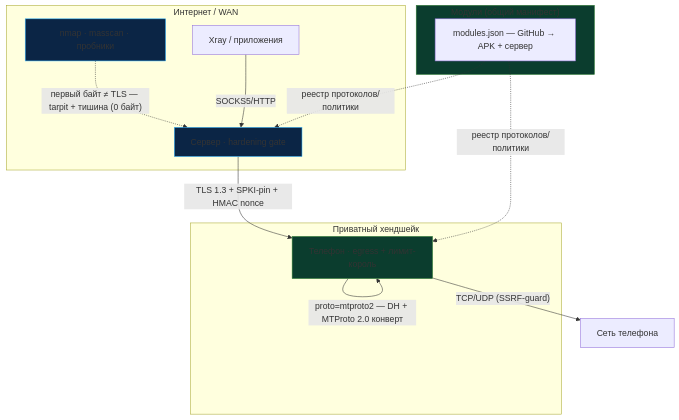
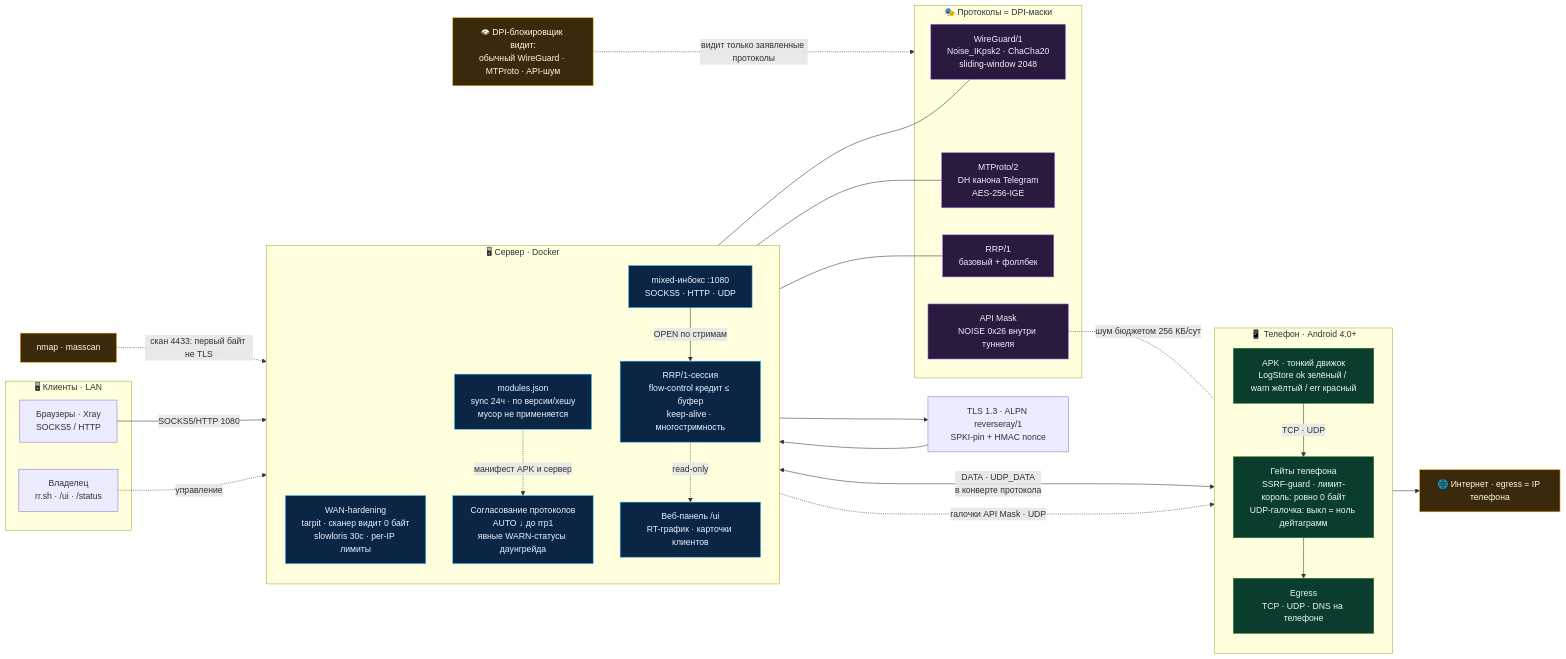
Before and after one commit to stelgen/reverseray: the second of 2 diagrams in README.md, drawn with Mermaid. The commit also changed other lines of this file and 5 other files, not shown here.

````diff
--- a/README.md
+++ b/README.md
@@ -72,21 +85,57 @@
 ```mermaid
-flowchart TB
-    subgraph WAN["Интернет / WAN"]
-        SCAN["nmap · masscan · пробники"] -. "первый байт ≠ TLS — tarpit + тишина (0 байт)" .-> S
-        A["Xray / приложения"] -- "SOCKS5/HTTP" --> S
+flowchart LR
+    subgraph LAN["🖥 Клиенты · LAN"]
+        APPS["Браузеры · Xray<br/>SOCKS5 / HTTP"]
+        ADMIN["Владелец<br/>rr.sh · /ui · /status"]
     end
-    subgraph TLS["Приватный хендшейк"]
-        S["Сервер · hardening gate"] -- "TLS 1.3 + SPKI-pin + HMAC nonce" --> P
-        P -- "proto=mtproto2 — DH + MTProto 2.0 конверт" --> P
+    subgraph VPS["🖥 Сервер · Docker"]
+        direction TB
+        HARD["WAN-hardening<br/>tarpit · сканер видит 0 байт<br/>slowloris 30с · per-IP лимиты"]
+        MIXED["mixed-инбокс :1080<br/>SOCKS5 · HTTP · UDP"]
+        NEG["Согласование протоколов<br/>AUTO ↓ до rrp1<br/>явные WARN-статусы даунгрейда"]
+        RRP["RRP/1-сессия<br/>flow-control кредит ≤ буфер<br/>keep-alive · многостримность"]
+        SYNC["modules.json<br/>sync 24ч · по версии/хешу<br/>мусор не применяется"]
+        UI["Веб-панель /ui<br/>RT-график · карточки клиентов"]
     end
-    P["Телефон · egress + лимит-король"] -- "TCP/UDP (SSRF-guard)" --> N["Сеть телефона"]
-    subgraph MODS["Модули (общий манифест)"]
-        M["modules.json — GitHub → APK + сервер"]
+    subgraph PHONE["📱 Телефон · Android 4.0+"]
+        direction TB
+        APK["APK · тонкий движок<br/>LogStore ok зелёный / warn жёлтый / err красный"]
+        GATE["Гейты телефона<br/>SSRF-guard · лимит-король: ровно 0 байт<br/>UDP-галочка: выкл = ноль дейтаграмм"]
+        EGRESS["Egress<br/>TCP · UDP · DNS на телефоне"]
     end
-    M -. "реестр протоколов/политики" .-> S
-    M -. "реестр протоколов/политики" .-> P
-    classDef server fill:#0b2545,stroke:#35B6FF
-    classDef phone fill:#0b3d2e,stroke:#2E7D32
-    class S,SCAN server
-    class P,MODS phone
+    subgraph MASKS["🎭 Протоколы = DPI-маски"]
+        WG["WireGuard/1<br/>Noise_IKpsk2 · ChaCha20<br/>sliding-window 2048"]
+        MT["MTProto/2<br/>DH канона Telegram<br/>AES-256-IGE"]
+        R1["RRP/1<br/>базовый + фоллбек"]
+        NOISE["API Mask<br/>NOISE 0x26 внутри туннеля"]
+    end
+    DPI["👁 DPI-блокировщик видит:<br/>обычный WireGuard · MTProto · API-шум"]
+    SCAN["nmap · masscan"]
+    NET["🌐 Интернет · egress = IP телефона"]
+    SCAN -."скан 4433: первый байт не TLS" .-> HARD
+    APPS -- "SOCKS5/HTTP 1080" --> MIXED
+    MIXED -- "OPEN по стримам" --> RRP
+    RRP -- "DATA · UDP_DATA<br/>в конверте протокола" <--> APK
+    APK -- "TCP · UDP" --> GATE
+    GATE --> EGRESS --> NET
+    P2["TLS 1.3 · ALPN reverseray/1<br/>SPKI-pin + HMAC nonce"]
+    HARD --> P2 --> NEG
+    NEG --- WG
+    NEG --- MT
+    NEG --- R1
+    NOISE -."шум бюджетом 256 КБ/сут" .- APK
+    SYNC -."манифест APK и сервер" .-> NEG
+    SYNC -."галочки API Mask · UDP" .-> APK
+    RRP -."read-only" .-> UI
+    ADMIN -."управление" .-> MIXED
+    DPI -."видит только заявленные протоколы" .-> MASKS
+    classDef vps fill:#0b2545,stroke:#35B6FF,color:#EAF2FF
+    classDef phone fill:#0b3d2e,stroke:#2E7D32,color:#EAF2FF
+    classDef mask fill:#2a1a3e,stroke:#B26BFF,color:#F2EAFF
+    classDef net fill:#3a2a0b,stroke:#F9A825,color:#FFF8E1
+    class HARD,MIXED,NEG,RRP,SYNC,UI vps
+    class APK,GATE,EGRESS phone
+    class WG,MT,R1,NOISE mask
+    class NET,DPI,SCAN net
+
 ```
````
